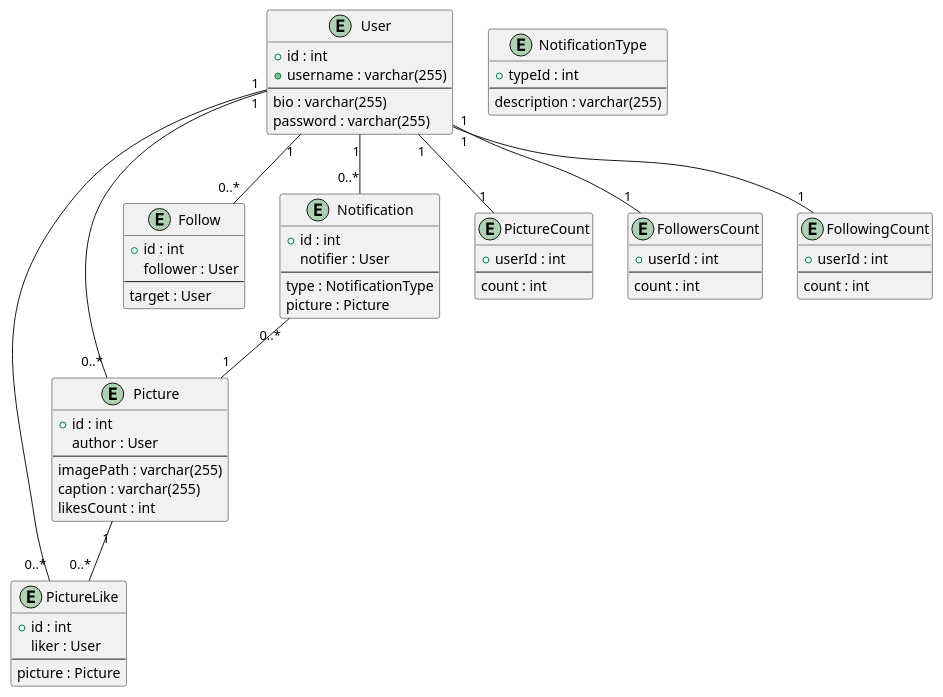
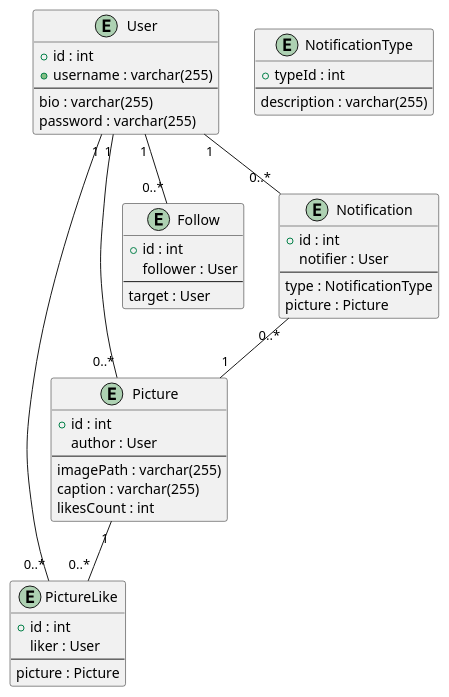
The diagram in PUML/erd.puml (MaxGurbanli/Quackstagram), drawn with PlantUML before and after one commit. The commit also changed 1 other file, not shown here.

Commit message:
Remove count tables from Schema and ERD

```diff
--- a/PUML/erd.puml
+++ b/PUML/erd.puml
@@ -1,76 +1,55 @@
 @startuml QuackstagramERD
 
 entity "User" as user {
   + id : int
   + username : varchar(255)
   --
   bio : varchar(255)
   password : varchar(255)
 }
 
 entity "Picture" as picture {
   + id : int
   author : User
   --
   imagePath : varchar(255)
   caption : varchar(255)
   likesCount : int
 }
 
 entity "PictureLike" as picturelike {
   + id : int
   liker : User
   --
   picture : Picture
 }
 
 entity "Follow" as follow {
   + id : int
   follower : User
   --
   target : User
 }
 
 entity "Notification" as notification {
   + id : int
   notifier : User
   --
   type : NotificationType
   picture : Picture
 }
 
-entity "PictureCount" as piccount {
-  + userId : int
-  --
-  count : int
-}
-
-entity "FollowersCount" as fcount {
-  + userId : int
-  --
-  count : int
-}
-
-entity "FollowingCount" as flcount {
-  + userId : int
-  --
-  count : int
-}
-
 entity "NotificationType" as ntype {
   + typeId : int
   --
   description : varchar(255)
 }
 
 user "1" -- "0..*" picture
 user "1" -- "0..*" picturelike
 user "1" -- "0..*" follow
 user "1" -- "0..*" notification
-user "1" -- "1" piccount
-user "1" -- "1" fcount
-user "1" -- "1" flcount
 notification "0..*" -- "1" picture
 picture "1" -- "0..*" picturelike
 
 @enduml
```
